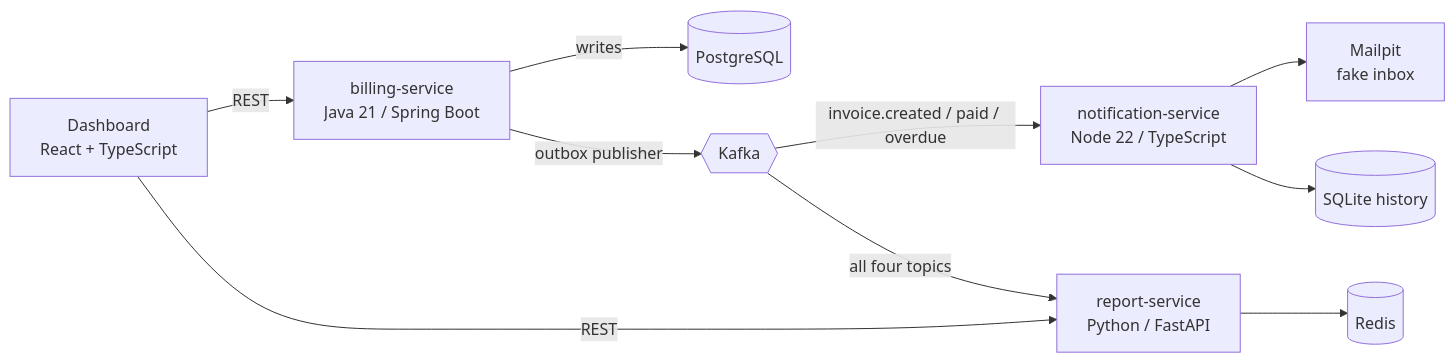
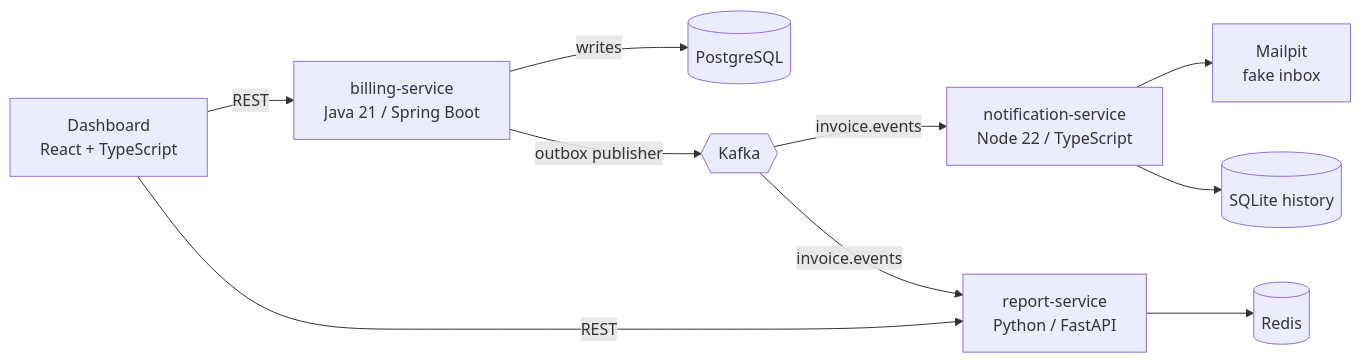
The diagram in README.md (MarcosFso/cobraai), drawn with Mermaid before and after one commit. The commit also changed other lines of this file and 112 other files, not shown here.

````diff
--- a/README.md
+++ b/README.md
@@ -20,12 +20,12 @@
 ```mermaid
 flowchart LR
   UI[Dashboard<br/>React + TypeScript] -- REST --> B
   UI -- REST --> R
   B[billing-service<br/>Java 21 / Spring Boot] -- writes --> PG[(PostgreSQL)]
   B -- outbox publisher --> K{{Kafka}}
-  K -- invoice.created / paid / overdue --> N[notification-service<br/>Node 22 / TypeScript]
-  K -- all four topics --> R[report-service<br/>Python / FastAPI]
+  K -- invoice.events --> N[notification-service<br/>Node 22 / TypeScript]
+  K -- invoice.events --> R[report-service<br/>Python / FastAPI]
   N --> M[Mailpit<br/>fake inbox]
   N --> S[(SQLite history)]
   R --> RD[(Redis)]
 ```
````
